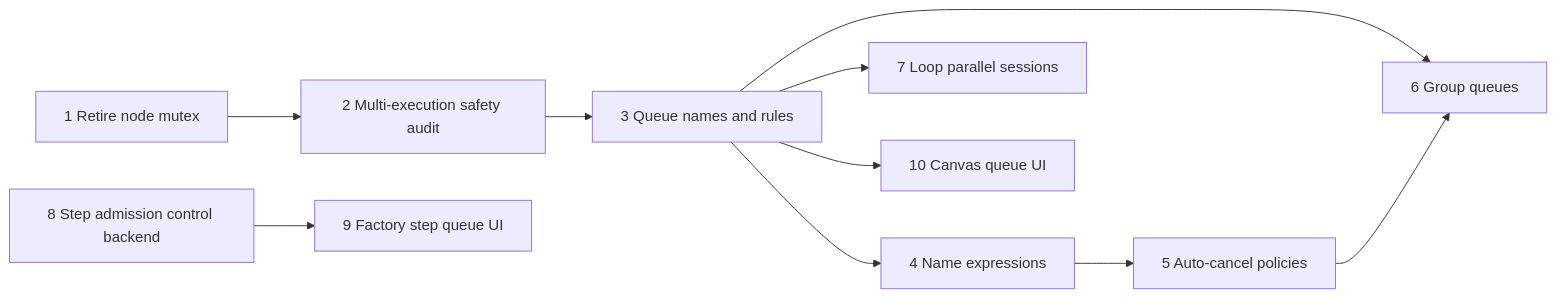
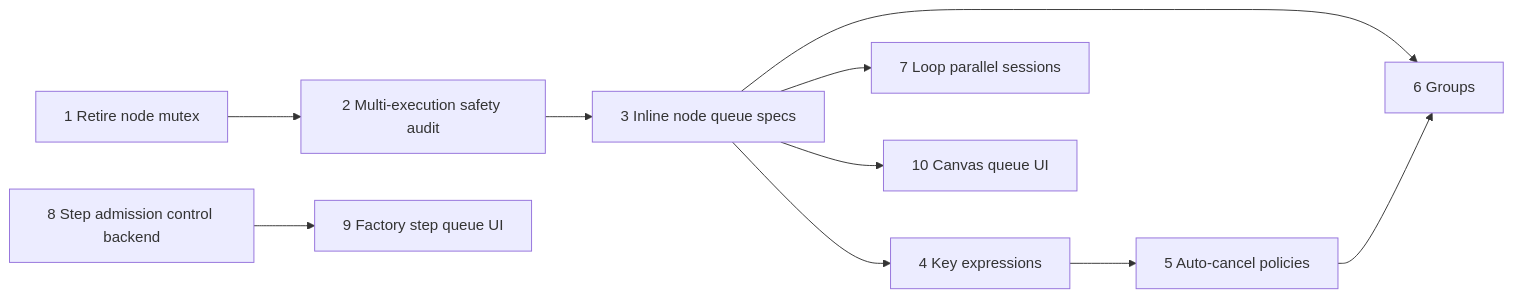
Before and after one commit to superplanehq/superplane: the second of 2 diagrams in docs/prd/queueing-and-parallelism.md, drawn with Mermaid. The commit also changed other lines of this file and 40 other files, not shown here.

Commit message:
no more rules for queues

````diff
--- a/docs/prd/queueing-and-parallelism.md
+++ b/docs/prd/queueing-and-parallelism.md
@@ -733,12 +721,12 @@
 ```mermaid
 flowchart LR
   C1[1 Retire node mutex] --> C2[2 Multi-execution safety audit]
-  C2 --> C3[3 Queue names and rules]
-  C3 --> C4[4 Name expressions]
+  C2 --> C3[3 Inline node queue specs]
+  C3 --> C4[4 Key expressions]
   C4 --> C5[5 Auto-cancel policies]
-  C3 --> C6[6 Group queues]
+  C3 --> C6[6 Groups]
   C5 --> C6
   C3 --> C7[7 Loop parallel sessions]
   C3 --> C10[10 Canvas queue UI]
   C8[8 Step admission control backend] --> C9[9 Factory step queue UI]
 ```
````
